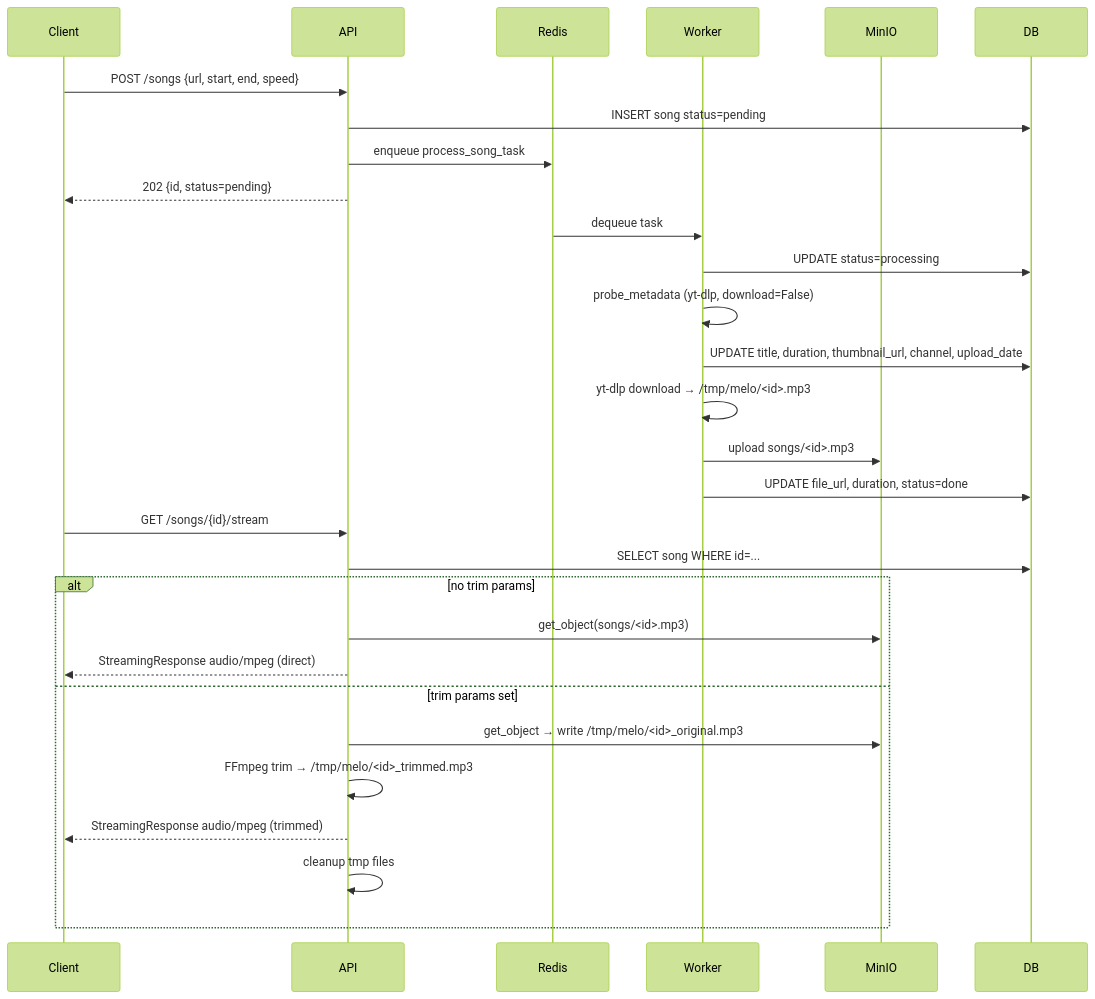
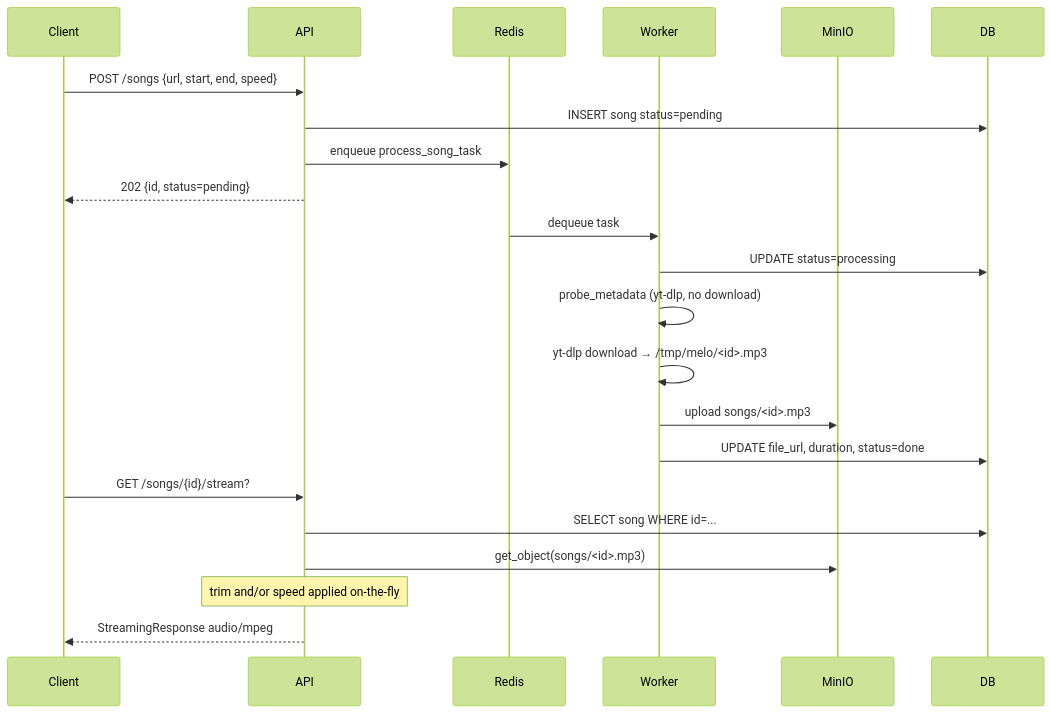
Before and after one commit to KarthikUdyawar/melo: the second of 4 diagrams in README.md, drawn with Mermaid (forest theme). The commit also changed other lines of this file and 5 other files, not shown here.

````diff
--- a/README.md
+++ b/README.md
@@ -43,34 +42,27 @@
 ```mermaid
 sequenceDiagram
     participant C as Client
     participant A as API
     participant R as Redis
     participant W as Worker
     participant M as MinIO
     participant D as DB
 
     C->>A: POST /songs {url, start, end, speed}
     A->>D: INSERT song status=pending
     A->>R: enqueue process_song_task
     A-->>C: 202 {id, status=pending}
 
     R->>W: dequeue task
     W->>D: UPDATE status=processing
-    W->>W: probe_metadata (yt-dlp, download=False)
-    W->>D: UPDATE title, duration, thumbnail_url, channel, upload_date
+    W->>W: probe_metadata (yt-dlp, no download)
     W->>W: yt-dlp download → /tmp/melo/<id>.mp3
     W->>M: upload songs/<id>.mp3
     W->>D: UPDATE file_url, duration, status=done
 
-    C->>A: GET /songs/{id}/stream
+    C->>A: GET /songs/{id}/stream?
     A->>D: SELECT song WHERE id=...
-    alt no trim params
-        A->>M: get_object(songs/<id>.mp3)
-        A-->>C: StreamingResponse audio/mpeg (direct)
-    else trim params set
-        A->>M: get_object → write /tmp/melo/<id>_original.mp3
-        A->>A: FFmpeg trim → /tmp/melo/<id>_trimmed.mp3
-        A-->>C: StreamingResponse audio/mpeg (trimmed)
-        A->>A: cleanup tmp files
-    end
+    A->>M: get_object(songs/<id>.mp3)
+    note over A: trim and/or speed applied on-the-fly
+    A-->>C: StreamingResponse audio/mpeg
 ```
````
